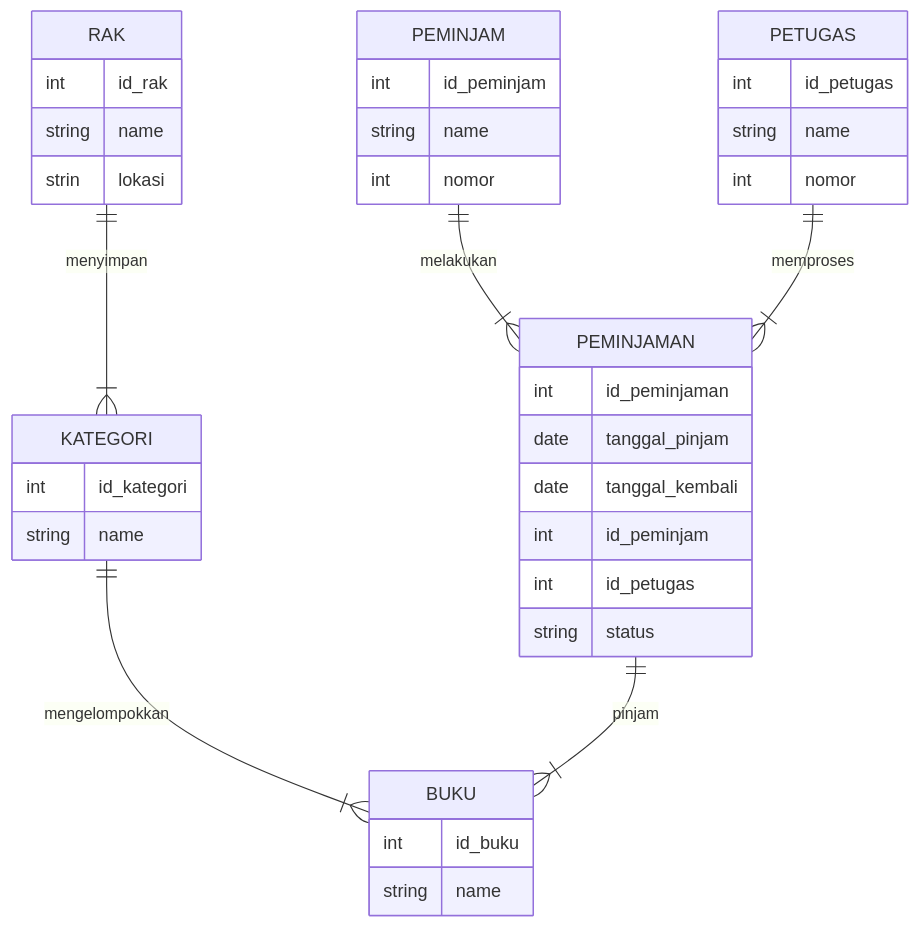
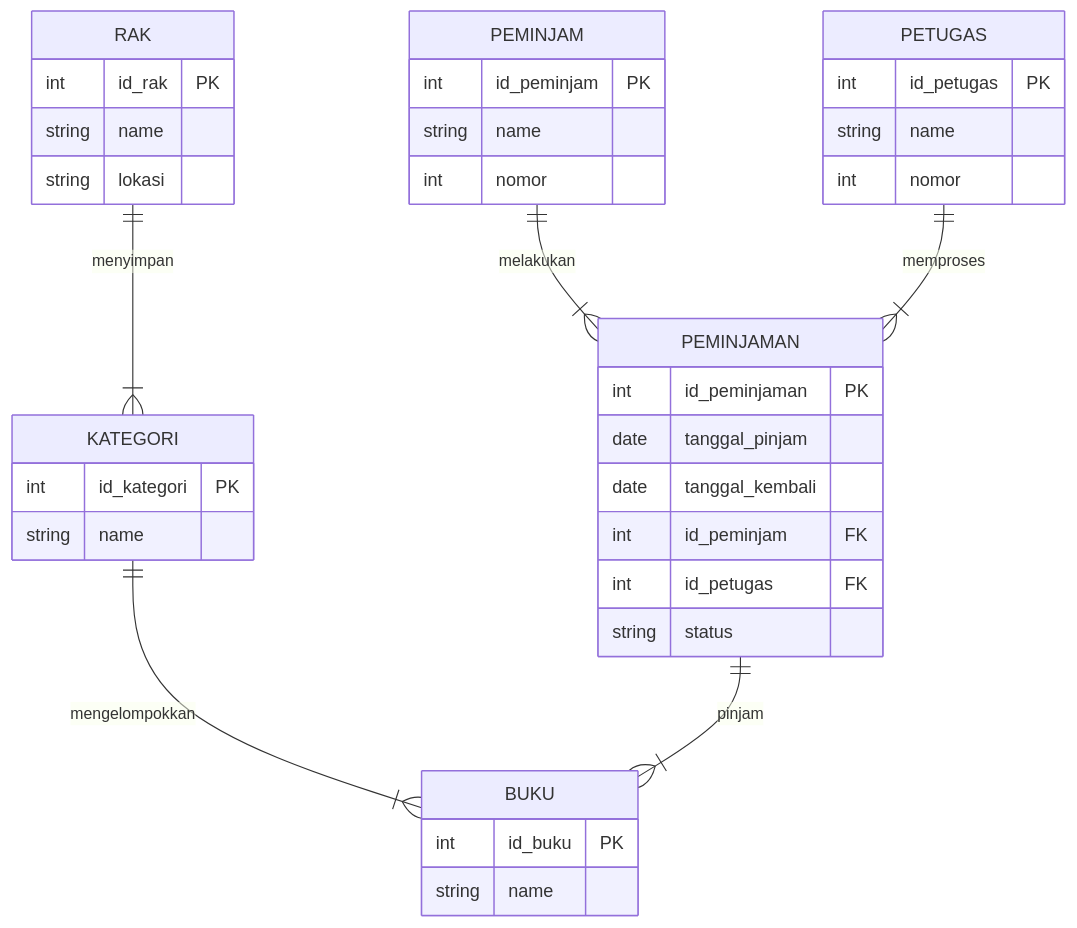
The diagram in erd-perpustakaan.md (dev-Flone/koda-b1-db1), drawn with Mermaid before and after one commit.

````diff
--- a/erd-perpustakaan.md
+++ b/erd-perpustakaan.md
@@ -2,46 +2,46 @@
 ``` mermaid
 erDiagram
     direction TB
 
     PEMINJAM ||--|{ PEMINJAMAN: melakukan
     PETUGAS ||--|{ PEMINJAMAN: memproses
     KATEGORI ||--|{ BUKU: mengelompokkan
     RAK ||--|{ KATEGORI: menyimpan
     PEMINJAMAN ||--|{ BUKU: pinjam
     
     BUKU {
-        int id_buku
+        int id_buku PK
         string name
     }
     RAK {
-        int id_rak
+        int id_rak PK
         string name
-        strin lokasi
+        string lokasi
     }
 
     KATEGORI {
-        int id_kategori
+        int id_kategori PK
         string name
 
     }
     PEMINJAM {
-        int id_peminjam
+        int id_peminjam PK
         string name
         int nomor
     }
     PEMINJAMAN {
-        int id_peminjaman
+        int id_peminjaman PK
         date tanggal_pinjam
         date tanggal_kembali
-        int id_peminjam
-        int id_petugas
+        int id_peminjam FK
+        int id_petugas FK
         string status
     }
     PETUGAS {
-        int id_petugas
+        int id_petugas PK
         string name
         int nomor
     }
 
 
 ```
````
